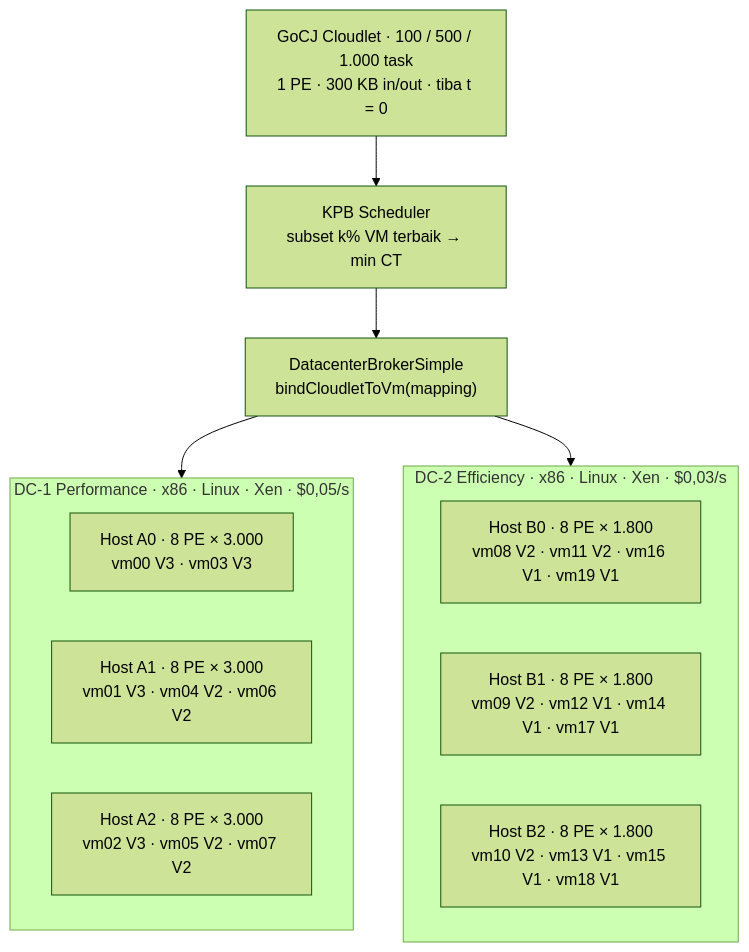
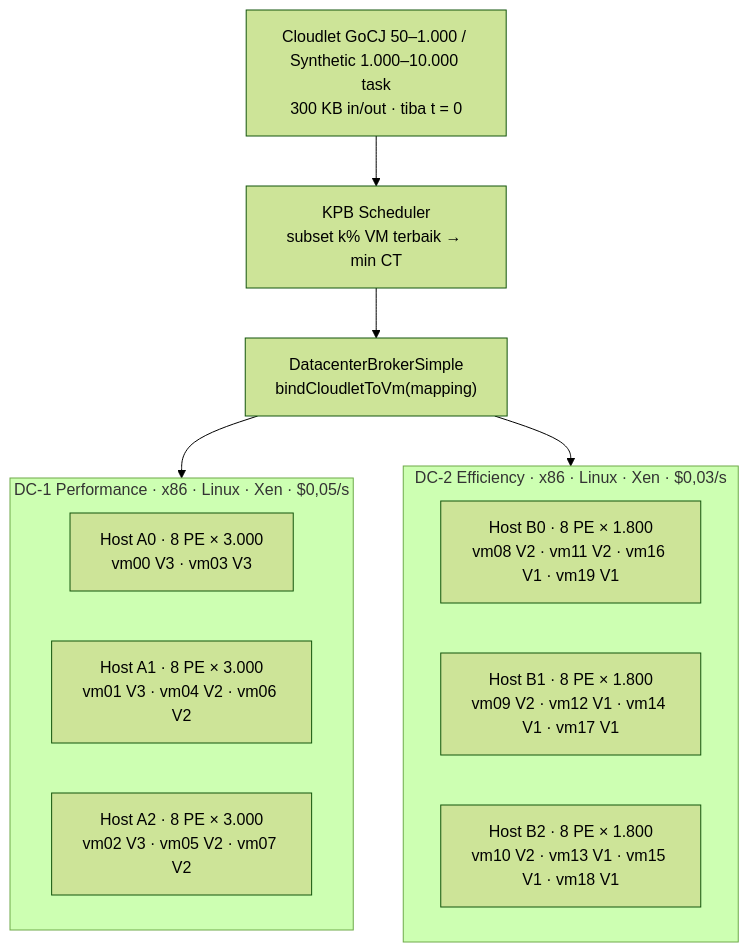
One commit to pikaapik-io/soka-a-5 changed the second of 4 diagrams in README.md. Above: the diagram before and after it, drawn with Mermaid (forest theme). The commit also changed other lines of this file and 7 other files, not shown here.

First line of the commit message:
Feedback KPB: tabel arsitektur, tabel grid, dan diagram perbandingan

````diff
--- a/README.md
+++ b/README.md
@@ -158,22 +158,22 @@
 ```mermaid
 flowchart TD
-    T["GoCJ Cloudlet · 100 / 500 / 1.000 task<br/>1 PE · 300 KB in/out · tiba t = 0"]
+    T["Cloudlet GoCJ 50–1.000 / Synthetic 1.000–10.000 task<br/>300 KB in/out · tiba t = 0"]
     K["KPB Scheduler<br/>subset k% VM terbaik → min CT"]
     Broker["DatacenterBrokerSimple<br/>bindCloudletToVm(mapping)"]
     T --> K --> Broker
 
     subgraph DC1["DC-1 Performance · x86 · Linux · Xen · $0,05/s"]
         A0["Host A0 · 8 PE × 3.000<br/>vm00 V3 · vm03 V3"]
         A1["Host A1 · 8 PE × 3.000<br/>vm01 V3 · vm04 V2 · vm06 V2"]
         A2["Host A2 · 8 PE × 3.000<br/>vm02 V3 · vm05 V2 · vm07 V2"]
     end
 
     subgraph DC2["DC-2 Efficiency · x86 · Linux · Xen · $0,03/s"]
         B0["Host B0 · 8 PE × 1.800<br/>vm08 V2 · vm11 V2 · vm16 V1 · vm19 V1"]
         B1["Host B1 · 8 PE × 1.800<br/>vm09 V2 · vm12 V1 · vm14 V1 · vm17 V1"]
         B2["Host B2 · 8 PE × 1.800<br/>vm10 V2 · vm13 V1 · vm15 V1 · vm18 V1"]
     end
 
     Broker --> DC1
     Broker --> DC2
 ```
````
